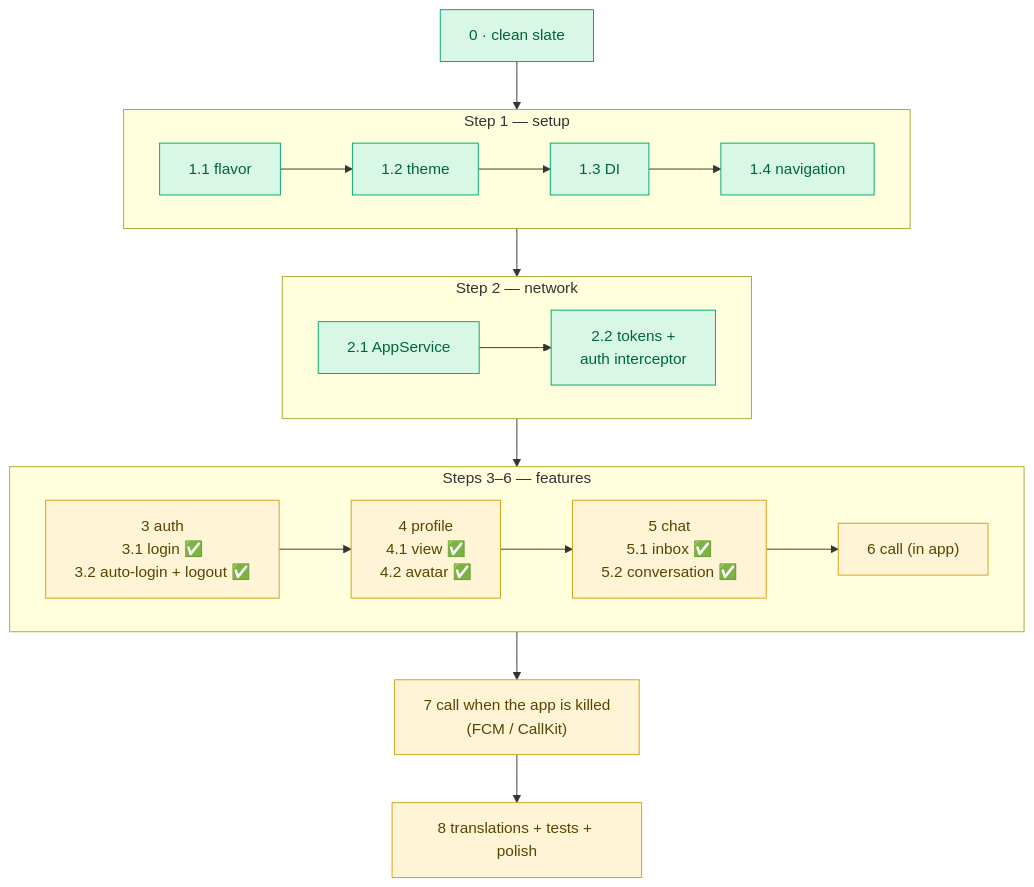
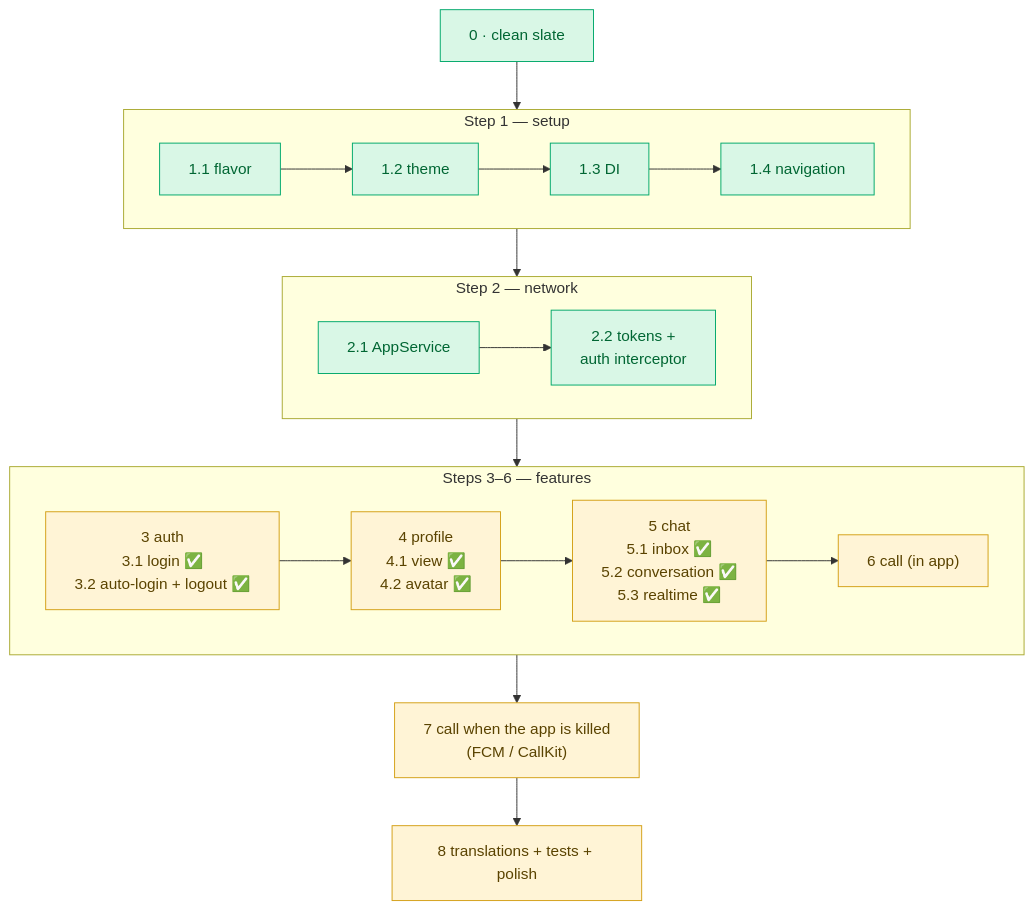
The third of 3 diagrams in docs/learning/REBUILD/README.md (krouchvanyda/erp_flutter_claude), drawn with Mermaid before and after one commit. The commit also changed other lines of this file and 33 other files, not shown here.

First line of the commit message:
feat: Implement token refresher and realtime service for chat functionality

````diff
--- a/docs/learning/REBUILD/README.md
+++ b/docs/learning/REBUILD/README.md
@@ -73,26 +73,26 @@
 ```mermaid
 flowchart TD
     S0["0 · clean slate"] --> STEP1
     subgraph STEP1["Step 1 — setup"]
         direction LR
         S11["1.1 flavor"] --> S12["1.2 theme"] --> S13["1.3 DI"] --> S14["1.4 navigation"]
     end
     STEP1 --> STEP2
     subgraph STEP2["Step 2 — network"]
         direction LR
         S21["2.1 AppService"] --> S22["2.2 tokens +<br/>auth interceptor"]
     end
     STEP2 --> FEATS
     subgraph FEATS["Steps 3–6 — features"]
         direction LR
-        S3["3 auth<br/>3.1 login ✅<br/>3.2 auto-login + logout ✅"] --> S4["4 profile<br/>4.1 view ✅<br/>4.2 avatar ✅"] --> S5["5 chat<br/>5.1 inbox ✅<br/>5.2 conversation ✅"] --> S6["6 call (in app)"]
+        S3["3 auth<br/>3.1 login ✅<br/>3.2 auto-login + logout ✅"] --> S4["4 profile<br/>4.1 view ✅<br/>4.2 avatar ✅"] --> S5["5 chat<br/>5.1 inbox ✅<br/>5.2 conversation ✅<br/>5.3 realtime ✅"] --> S6["6 call (in app)"]
     end
     FEATS --> S7["7 call when the app is killed<br/>(FCM / CallKit)"] --> S8["8 translations + tests + polish"]
     class S0,S11,S12,S13,S14,S21,S22 ok
     class S3,S4,S5,S6,S7,S8 wait
     classDef app fill:#dbe9ff,stroke:#3b6fd8,color:#123
     classDef ok fill:#d9f7e6,stroke:#00a86b,color:#063
     classDef wait fill:#fff4d6,stroke:#d4a017,color:#5a4300
     classDef none fill:#eeeeee,stroke:#999,color:#555
     classDef err fill:#fde2e2,stroke:#d64545,color:#611
 ```
````
